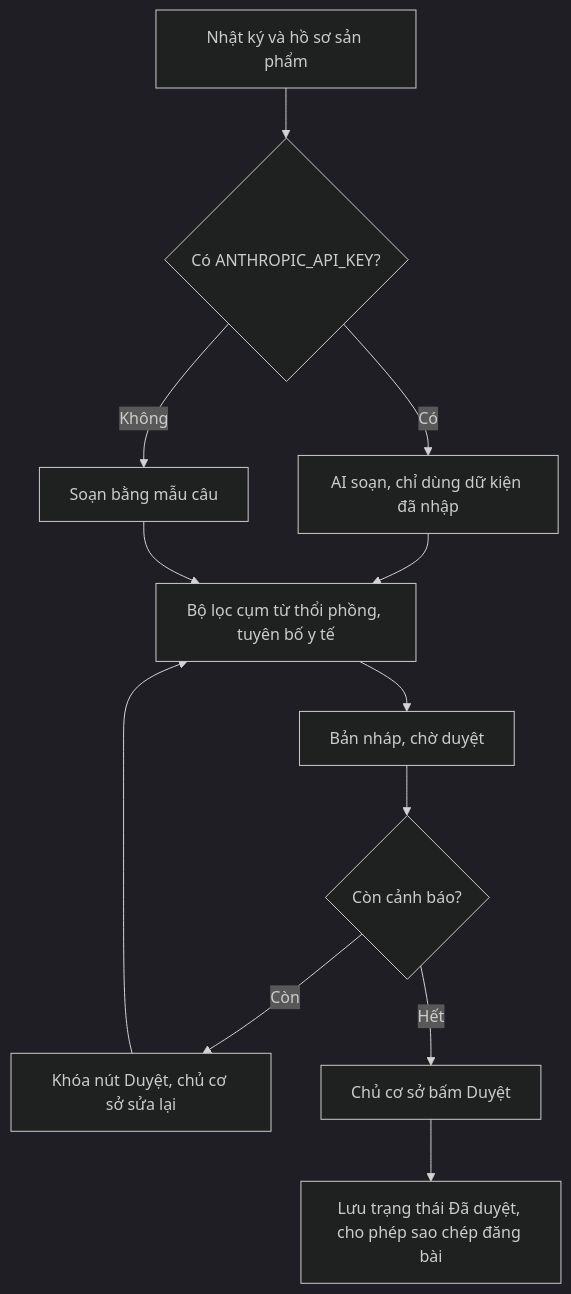
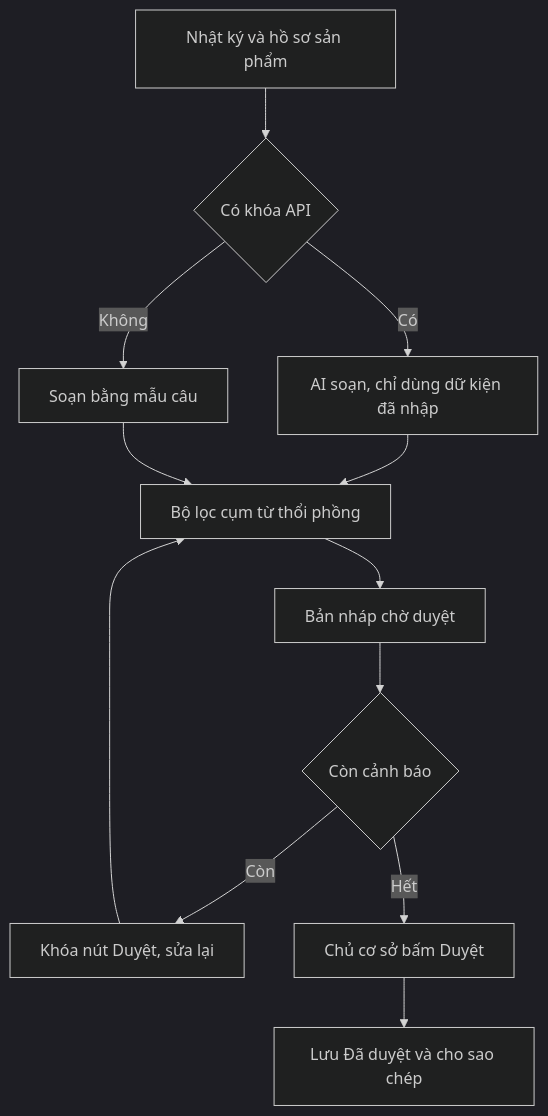
One commit to thao1123lls-code/ocop-passport changed the third of 5 diagrams in README.md. Above: the diagram before and after it, drawn with Mermaid (dark theme). The commit also changed other lines of this file, not shown here.

````diff
--- a/README.md
+++ b/README.md
@@ -199,14 +183,14 @@
 ```mermaid
 flowchart TD
-  A["Nhật ký và hồ sơ sản phẩm"] --> B{"Có ANTHROPIC_API_KEY?"}
+  A["Nhật ký và hồ sơ sản phẩm"] --> B{"Có khóa API"}
   B -->|"Có"| C["AI soạn, chỉ dùng dữ kiện đã nhập"]
   B -->|"Không"| D["Soạn bằng mẫu câu"]
-  C --> E["Bộ lọc cụm từ thổi phồng, tuyên bố y tế"]
+  C --> E["Bộ lọc cụm từ thổi phồng"]
   D --> E
-  E --> F["Bản nháp, chờ duyệt"]
-  F --> G{"Còn cảnh báo?"}
-  G -->|"Còn"| H["Khóa nút Duyệt, chủ cơ sở sửa lại"]
+  E --> F["Bản nháp chờ duyệt"]
+  F --> G{"Còn cảnh báo"}
+  G -->|"Còn"| H["Khóa nút Duyệt, sửa lại"]
   H --> E
   G -->|"Hết"| I["Chủ cơ sở bấm Duyệt"]
-  I --> J["Lưu trạng thái Đã duyệt, cho phép sao chép đăng bài"]
+  I --> J["Lưu Đã duyệt và cho sao chép"]
 ```
````
